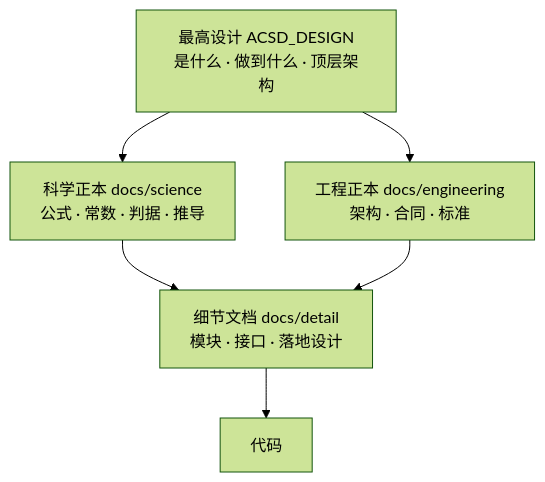
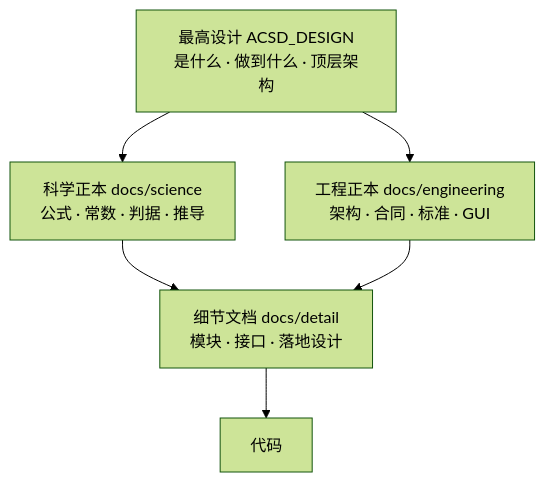
One commit to fujiaze/Astro-CS-Database changed the diagram in AGENTS.md. Above: the diagram before and after it, drawn with Mermaid (forest theme). The commit also changed other lines of this file and 2 other files, not shown here.

````diff
--- a/AGENTS.md
+++ b/AGENTS.md
@@ -33,13 +35,13 @@
 ```mermaid
 flowchart TD
     D["最高设计 ACSD_DESIGN<br/>是什么 · 做到什么 · 顶层架构"]
     S["科学正本 docs/science<br/>公式 · 常数 · 判据 · 推导"]
-    E["工程正本 docs/engineering<br/>架构 · 合同 · 标准"]
+    E["工程正本 docs/engineering<br/>架构 · 合同 · 标准 · GUI"]
     X["细节文档 docs/detail<br/>模块 · 接口 · 落地设计"]
     C["代码"]
     D --> S
     D --> E
     S --> X
     E --> X
     X --> C
 ```
````
